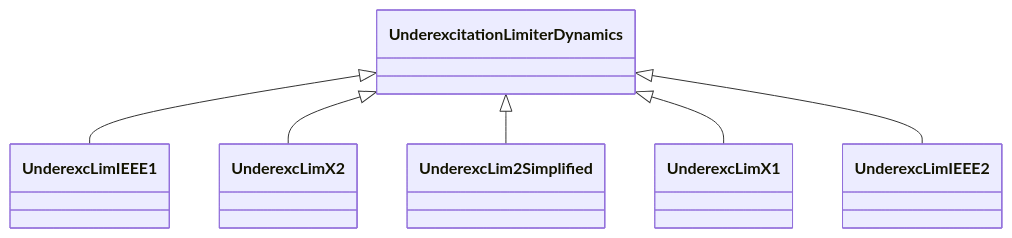
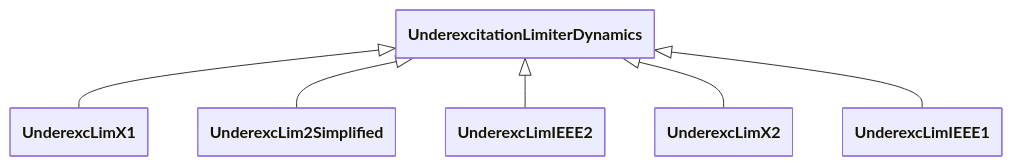
One commit to cim-cgmes/cim-cgmes.github.io changed the diagram in pages/docs/Profiles/Package_UnderexcitationLimiterDynamics.md. Above: the diagram before and after it, drawn with Mermaid. The commit also changed 561 other files, not shown here.

````diff
--- a/pages/docs/Profiles/Package_UnderexcitationLimiterDynamics.md
+++ b/pages/docs/Profiles/Package_UnderexcitationLimiterDynamics.md
@@ -5,8 +5,13 @@
 ```mermaid
+---
+  config:
+    class:
+      hideEmptyMembersBox: true
+---
 classDiagram
+    UnderexcitationLimiterDynamics <|-- UnderexcLimX1
+    UnderexcitationLimiterDynamics <|-- UnderexcLim2Simplified
+    UnderexcitationLimiterDynamics <|-- UnderexcLimIEEE2
+    UnderexcitationLimiterDynamics <|-- UnderexcLimX2
     UnderexcitationLimiterDynamics <|-- UnderexcLimIEEE1
-    UnderexcitationLimiterDynamics <|-- UnderexcLimX2
-    UnderexcitationLimiterDynamics <|-- UnderexcLim2Simplified
-    UnderexcitationLimiterDynamics <|-- UnderexcLimX1
-    UnderexcitationLimiterDynamics <|-- UnderexcLimIEEE2
 ```
````
